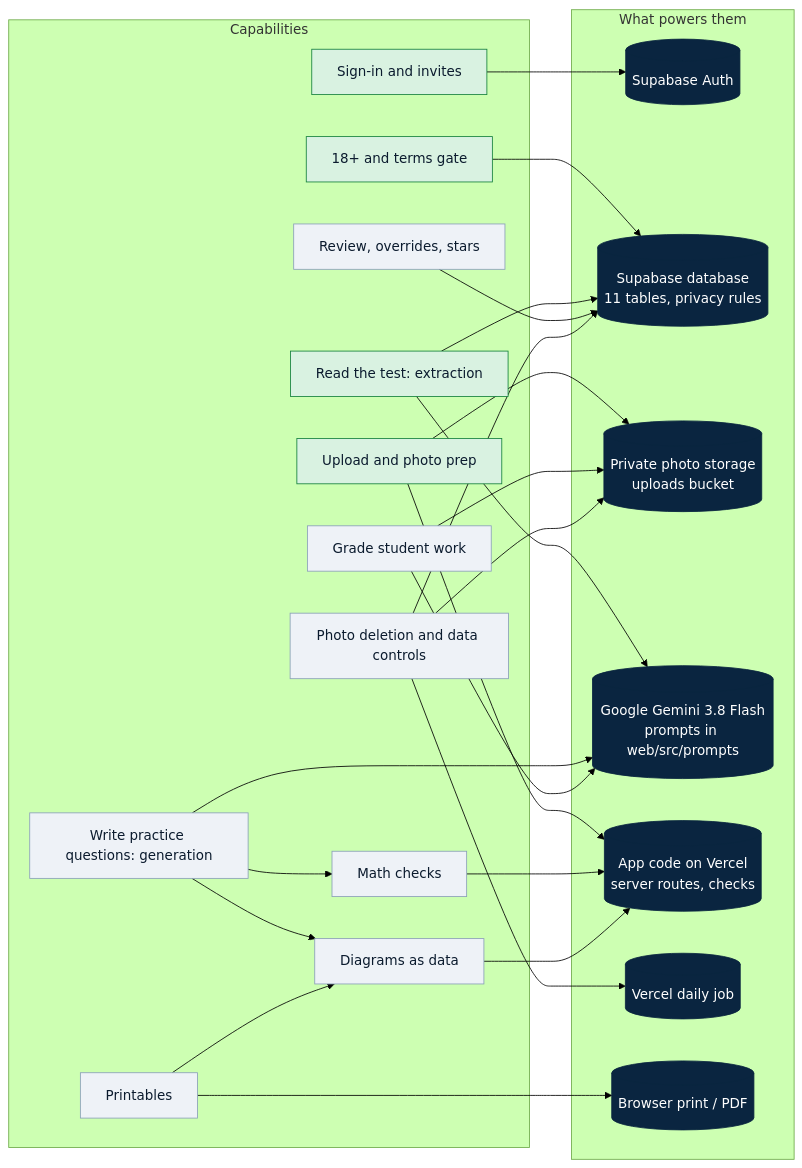
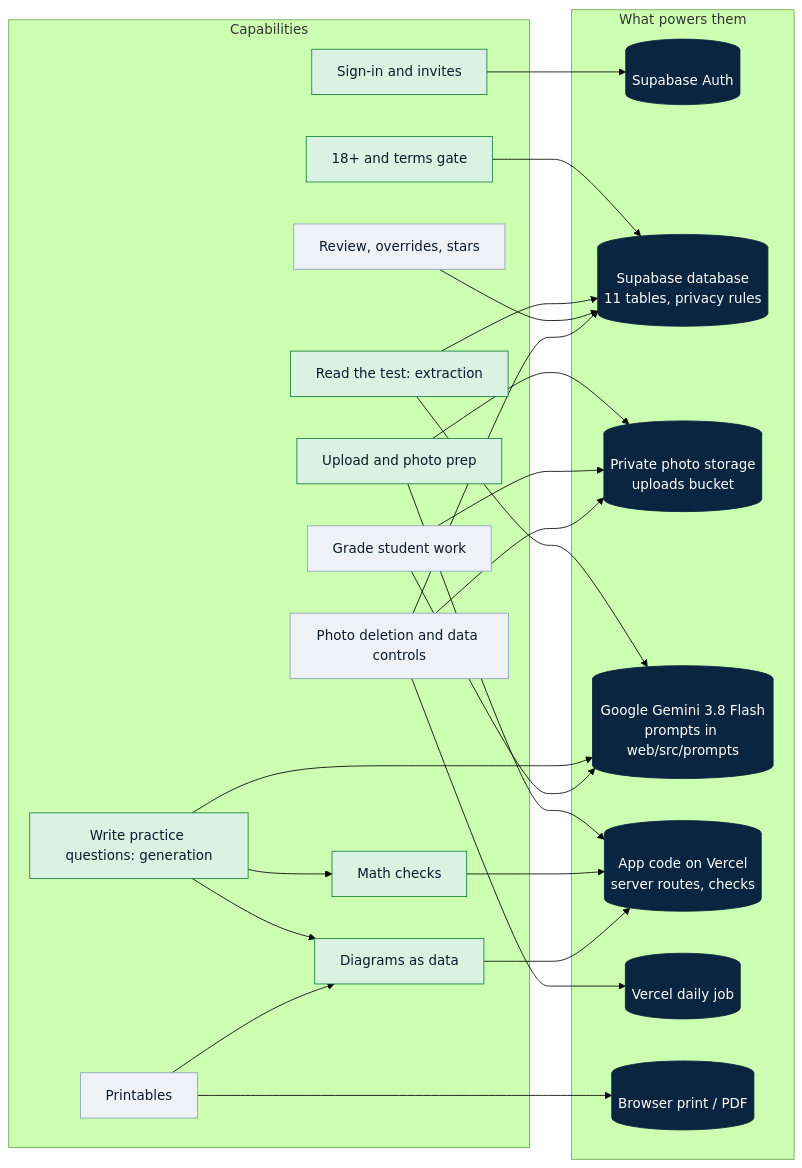
One commit to Mr-Higgs/miro-devin-math-mission changed the third of 3 diagrams in docs/sitemap.md. Above: the diagram before and after it, drawn with Mermaid (forest theme). The commit also changed other lines of this file and 23 other files, not shown here.

First line of the commit message:
Step 3: practice set, pictures drawn from data, printable sheet and answer key

````diff
--- a/docs/sitemap.md
+++ b/docs/sitemap.md
@@ -191,50 +191,50 @@
 ```mermaid
 flowchart LR
   classDef built fill:#d9f2e1,stroke:#15803d,color:#0b1b2e
   classDef planned fill:#eef2f7,stroke:#8aa0b8,color:#0b1b2e
   classDef service fill:#0a2540,stroke:#0a2540,color:#ffffff
 
   subgraph CAPS["Capabilities"]
     C1["Sign-in and invites"]:::built
     C2["18+ and terms gate"]:::built
     C3["Upload and photo prep"]:::built
     C4["Read the test: extraction"]:::built
-    C5["Write practice questions: generation"]:::planned
-    C6["Math checks"]:::planned
-    C7["Diagrams as data"]:::planned
+    C5["Write practice questions: generation"]:::built
+    C6["Math checks"]:::built
+    C7["Diagrams as data"]:::built
     C8["Printables"]:::planned
     C9["Grade student work"]:::planned
     C10["Review, overrides, stars"]:::planned
     C11["Photo deletion and data controls"]:::planned
   end
 
   subgraph SERVICES["What powers them"]
     AUTH[("Supabase Auth")]:::service
     DB[("Supabase database<br/>11 tables, privacy rules")]:::service
     STORE[("Private photo storage<br/>uploads bucket")]:::service
     GEMINI[("Google Gemini 3.8 Flash<br/>prompts in web/src/prompts")]:::service
     CODE[("App code on Vercel<br/>server routes, checks")]:::service
     CRON[("Vercel daily job")]:::service
     PRINT[("Browser print / PDF")]:::service
   end
 
   C1 --> AUTH
   C2 --> DB
   C3 --> STORE
   C3 --> CODE
   C4 --> GEMINI
   C4 --> DB
   C5 --> GEMINI
   C5 --> C6
   C5 --> C7
   C6 --> CODE
   C7 --> CODE
   C8 --> PRINT
   C8 --> C7
   C9 --> GEMINI
   C9 --> STORE
   C10 --> DB
   C11 --> CRON
   C11 --> STORE
   C11 --> DB
 ```
````
